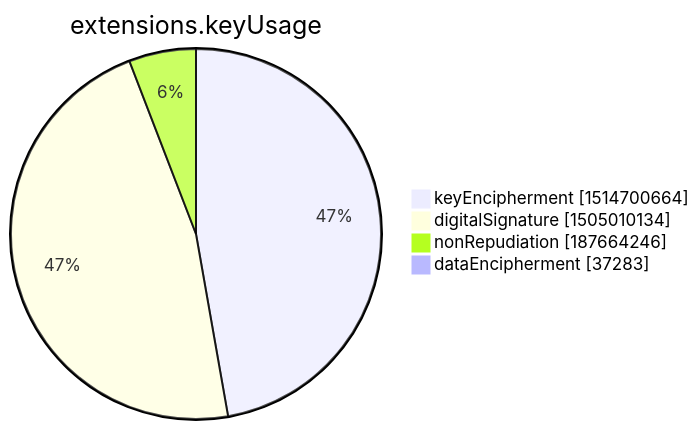
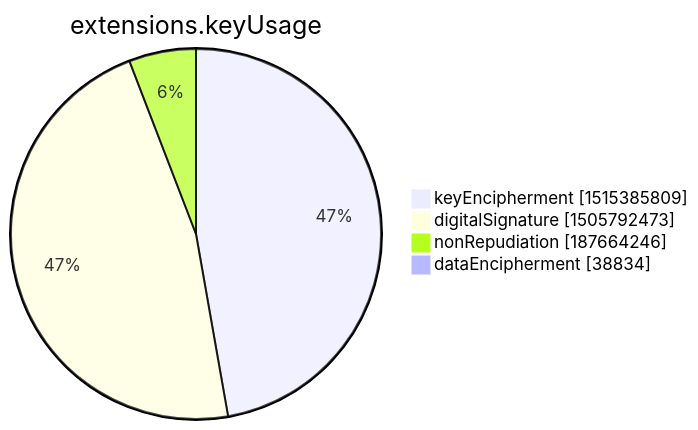
One commit to christiankrug/ctmonitor_visualization changed the seventh of 15 diagrams in xenon2022/README.md. Above: the diagram before and after it, drawn with Mermaid. The commit also changed other lines of this file, not shown here.

````diff
--- a/xenon2022/README.md
+++ b/xenon2022/README.md
@@ -2846,8 +2846,8 @@
 ```mermaid
 pie showData
 title extensions.keyUsage
-"keyEncipherment" :1514700664
-"digitalSignature" :1505010134
+"keyEncipherment" :1515385809
+"digitalSignature" :1505792473
 "nonRepudiation" :187664246
-"dataEncipherment" :37283
+"dataEncipherment" :38834
 ```
````
